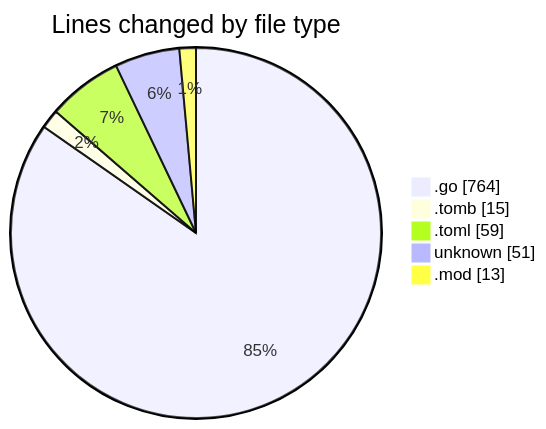
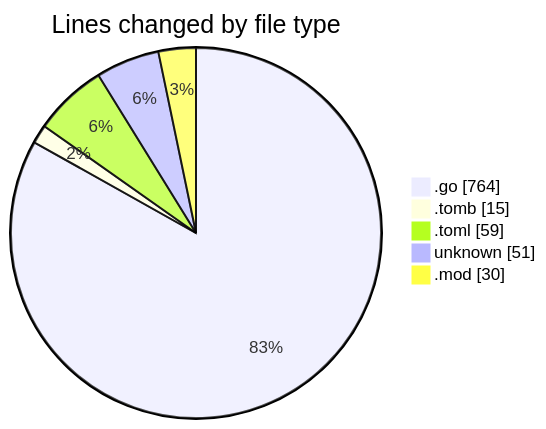
The first of 2 diagrams in 2025-10-31/backend/README.md (Ritupan-Deka/code-tracking), drawn with Mermaid before and after one commit. The commit also changed other lines of this file and 1 other file, not shown here.

````diff
--- a/2025-10-31/backend/README.md
+++ b/2025-10-31/backend/README.md
@@ -29,9 +29,9 @@
 ```mermaid
 pie showData
 title Lines changed by file type
 ".go" : 764
 ".tomb" : 15
 ".toml" : 59
 "unknown" : 51
-".mod" : 13
+".mod" : 30
 ```
````
